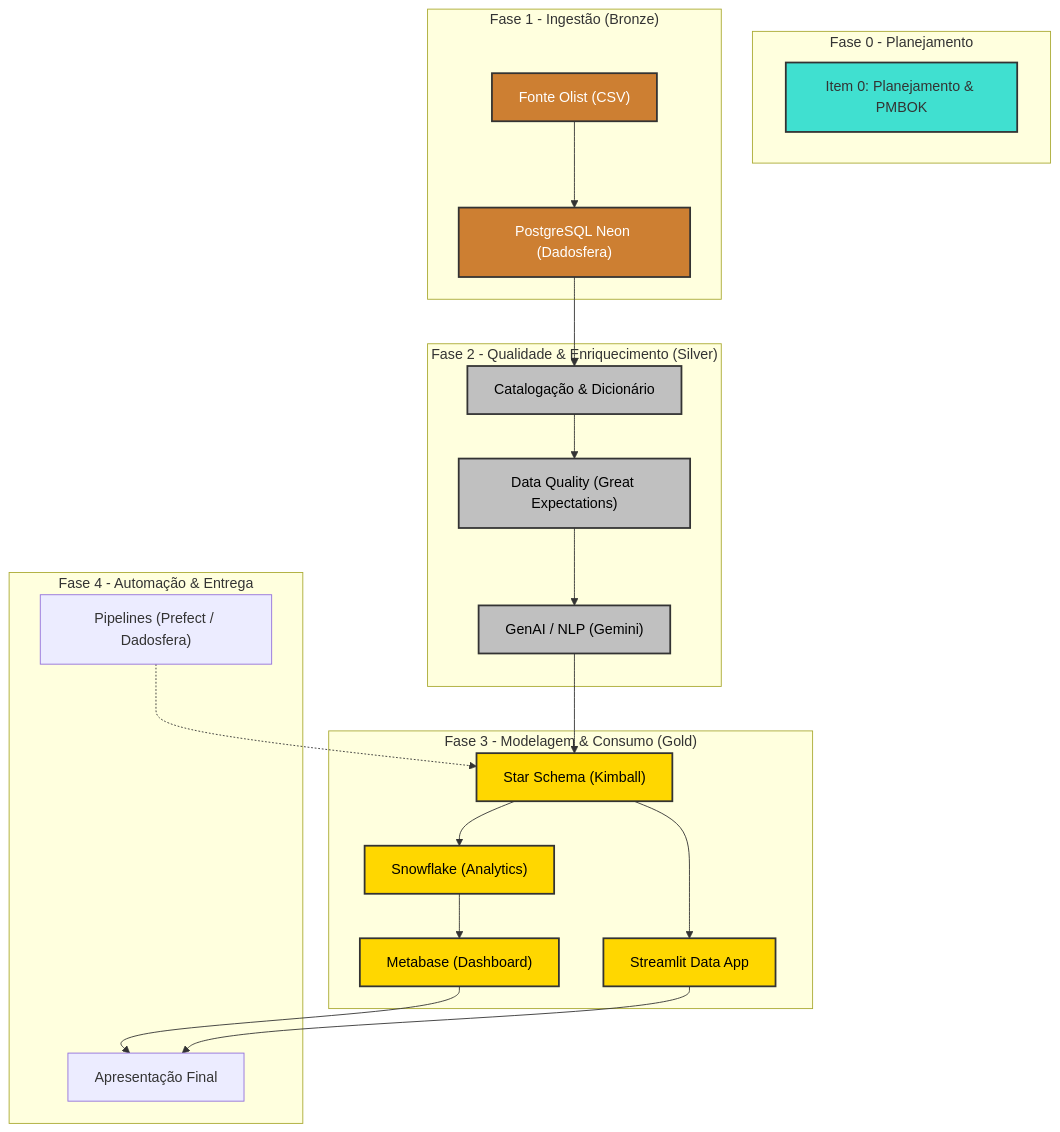
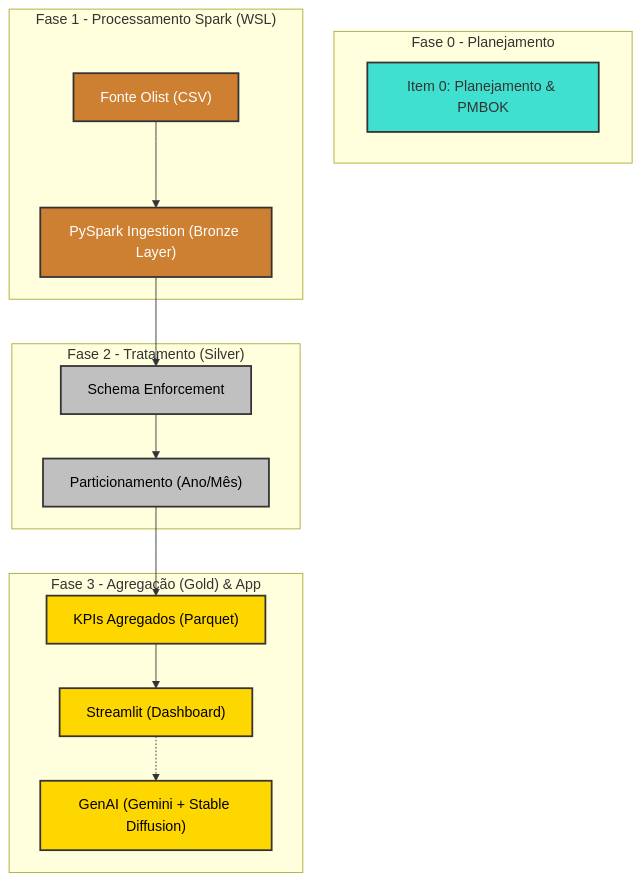
The diagram in README.md (ricardoribs/RICARDO_RIBEIRO_DDF_TECH_122025), drawn with Mermaid before and after one commit. The commit also changed other lines of this file, not shown here.

````diff
--- a/README.md
+++ b/README.md
@@ -98,46 +96,32 @@
 ```mermaid
 graph TD
-
     classDef plan fill:#40e0d0,stroke:#333,stroke-width:2px;
     classDef bronze fill:#cd7f32,stroke:#333,stroke-width:2px,color:white;
     classDef silver fill:#c0c0c0,stroke:#333,stroke-width:2px,color:black;
     classDef gold fill:#ffd700,stroke:#333,stroke-width:2px,color:black;
 
     subgraph Planejamento["Fase 0 - Planejamento"]
         P0["Item 0: Planejamento & PMBOK"]:::plan
     end
 
-    subgraph Bronze["Fase 1 - Ingestão (Bronze)"]
+    subgraph Ingestao["Fase 1 - Processamento Spark (WSL)"]
         B1["Fonte Olist (CSV)"]:::bronze
-        B2["PostgreSQL Neon (Dadosfera)"]:::bronze
+        B2["PySpark Ingestion (Bronze Layer)"]:::bronze
         B1 --> B2
     end
 
-    subgraph Silver["Fase 2 - Qualidade & Enriquecimento (Silver)"]
-        S1["Catalogação & Dicionário"]:::silver
-        S2["Data Quality (Great Expectations)"]:::silver
-        S3["GenAI / NLP (Gemini)"]:::silver
-        B2 --> S1
-        S1 --> S2
-        S2 --> S3
+    subgraph Refinamento["Fase 2 - Tratamento (Silver)"]
+        S1["Schema Enforcement"]:::silver
+        S2["Particionamento (Ano/Mês)"]:::silver
+        B2 --> S1 --> S2
     end
 
-    subgraph Gold["Fase 3 - Modelagem & Consumo (Gold)"]
-        G1["Star Schema (Kimball)"]:::gold
-        G2["Snowflake (Analytics)"]:::gold
-        G3["Metabase (Dashboard)"]:::gold
-        G4["Streamlit Data App"]:::gold
-        S3 --> G1
+    subgraph Consumo["Fase 3 - Agregação (Gold) & App"]
+        G1["KPIs Agregados (Parquet)"]:::gold
+        G2["Streamlit (Dashboard)"]:::gold
+        G3["GenAI (Gemini + Stable Diffusion)"]:::gold
+        S2 --> G1
         G1 --> G2
-        G2 --> G3
-        G1 --> G4
-    end
-
-    subgraph Automacao["Fase 4 - Automação & Entrega"]
-        A1["Pipelines (Prefect / Dadosfera)"]
-        A2["Apresentação Final"]
-        A1 -.-> G1
-        G3 --> A2
-        G4 --> A2
+        G2 -.-> G3
     end
 ```
````
